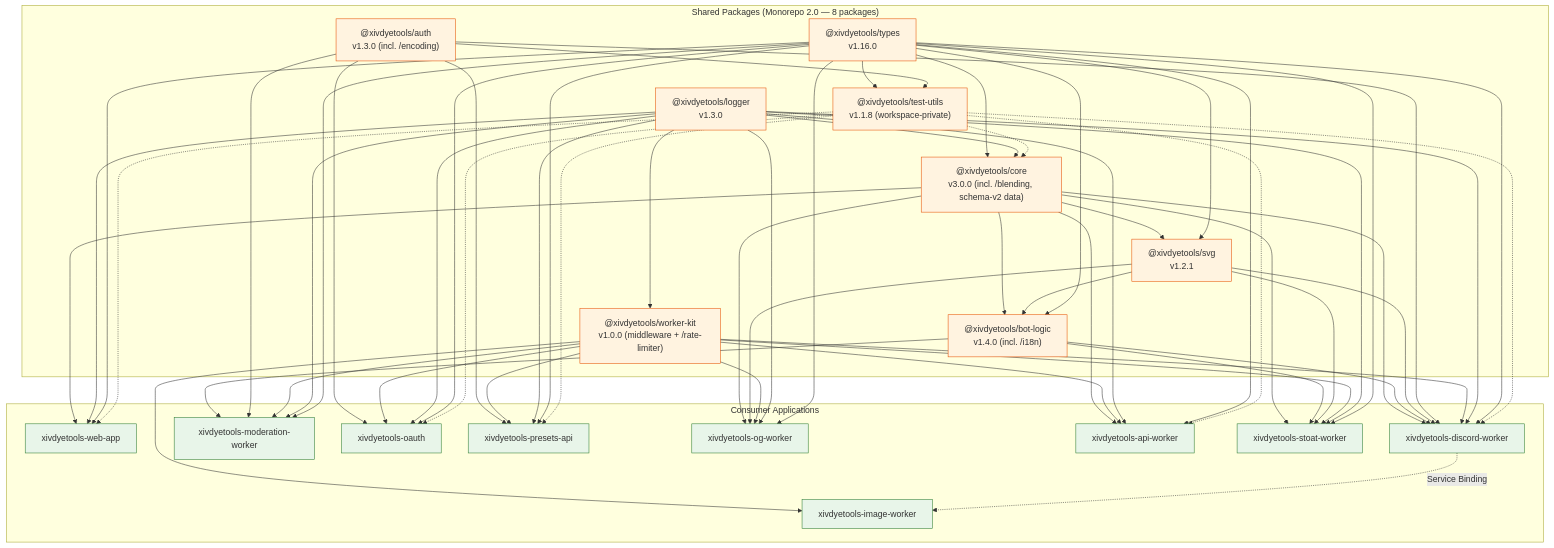
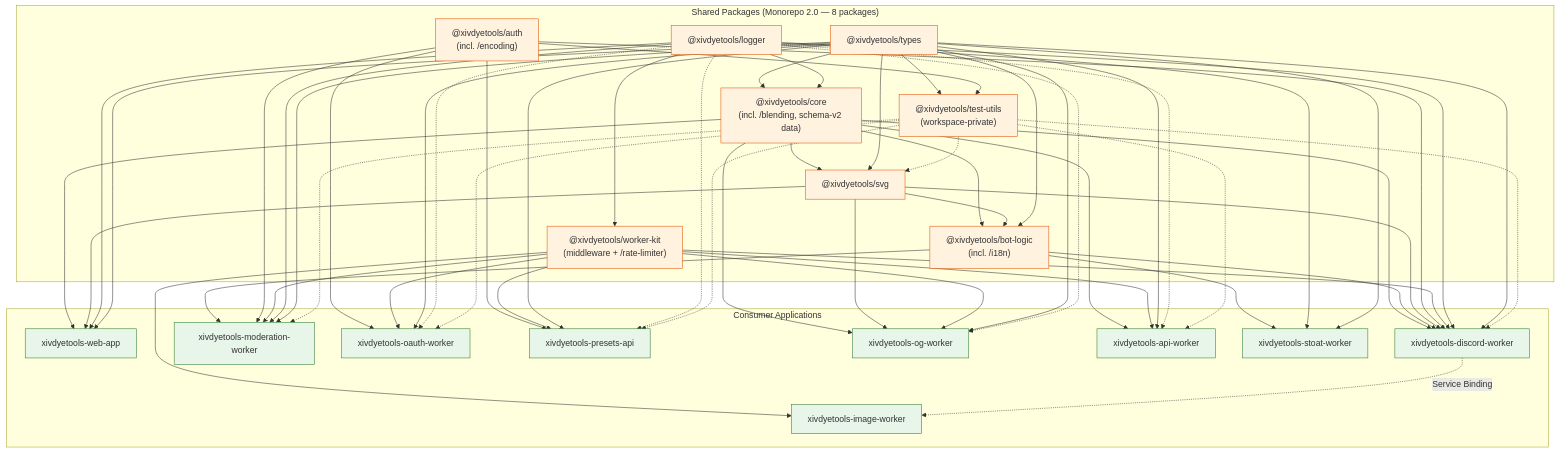
The diagram in docs/architecture/dependency-graph.md (FlashGalatine/xivdyetools), drawn with Mermaid before and after one commit. The commit also changed other lines of this file and 206 other files, not shown here.

````diff
--- a/docs/architecture/dependency-graph.md
+++ b/docs/architecture/dependency-graph.md
@@ -9,21 +12,21 @@
 ```mermaid
 graph TD
     subgraph "Shared Packages (Monorepo 2.0 — 8 packages)"
-        TYPES["@xivdyetools/types<br/>v1.16.0"]
-        LOGGER["@xivdyetools/logger<br/>v1.3.0"]
-        AUTH["@xivdyetools/auth<br/>v1.3.0 (incl. /encoding)"]
-        WKIT["@xivdyetools/worker-kit<br/>v1.0.0 (middleware + /rate-limiter)"]
-        TEST["@xivdyetools/test-utils<br/>v1.1.8 (workspace-private)"]
-        CORE["@xivdyetools/core<br/>v3.0.0 (incl. /blending, schema-v2 data)"]
-        SVG["@xivdyetools/svg<br/>v1.2.1"]
-        BOTLOGIC["@xivdyetools/bot-logic<br/>v1.4.0 (incl. /i18n)"]
+        TYPES["@xivdyetools/types"]
+        LOGGER["@xivdyetools/logger"]
+        AUTH["@xivdyetools/auth<br/>(incl. /encoding)"]
+        WKIT["@xivdyetools/worker-kit<br/>(middleware + /rate-limiter)"]
+        TEST["@xivdyetools/test-utils<br/>(workspace-private)"]
+        CORE["@xivdyetools/core<br/>(incl. /blending, schema-v2 data)"]
+        SVG["@xivdyetools/svg"]
+        BOTLOGIC["@xivdyetools/bot-logic<br/>(incl. /i18n)"]
     end
 
     subgraph "Consumer Applications"
         WEB["xivdyetools-web-app"]
         DISCORD["xivdyetools-discord-worker"]
         MODBOT["xivdyetools-moderation-worker"]
-        OAUTH["xivdyetools-oauth"]
+        OAUTH["xivdyetools-oauth-worker"]
         PRESETS["xivdyetools-presets-api"]
         OG["xivdyetools-og-worker"]
         APIWORKER["xivdyetools-api-worker"]
@@ -45,18 +48,17 @@
     TYPES --> SVG
     TYPES --> BOTLOGIC
 
-    %% Consumer dependencies
+    %% Consumer dependencies (declared, direct)
     CORE --> WEB
     CORE --> DISCORD
     CORE --> OG
     CORE --> APIWORKER
-    CORE --> STOAT
     BOTLOGIC --> DISCORD
     BOTLOGIC --> MODBOT
     BOTLOGIC --> STOAT
+    SVG --> WEB
     SVG --> DISCORD
     SVG --> OG
-    SVG --> STOAT
     AUTH --> DISCORD
     AUTH --> MODBOT
     AUTH --> OAUTH
@@ -67,15 +69,10 @@
     WKIT --> PRESETS
     WKIT --> OG
     WKIT --> APIWORKER
-    WKIT --> STOAT
     WKIT --> IMGWORKER
     LOGGER --> WEB
     LOGGER --> DISCORD
     LOGGER --> MODBOT
-    LOGGER --> OAUTH
-    LOGGER --> PRESETS
-    LOGGER --> OG
-    LOGGER --> APIWORKER
     LOGGER --> STOAT
     TYPES --> WEB
     TYPES --> DISCORD
@@ -87,15 +84,20 @@
     TYPES --> STOAT
     DISCORD -. Service Binding .-> IMGWORKER
 
-    %% Test utils (dev dependency)
-    TEST -.-> CORE
-    TEST -.-> WEB
+    %% Transitive only — reached through worker-kit / core / bot-logic,
+    %% never declared in these apps' package.json
+    LOGGER -.-> OAUTH
+    LOGGER -.-> PRESETS
+    LOGGER -.-> OG
+    LOGGER -.-> APIWORKER
+
+    %% Test utils (devDependency)
+    TEST -.-> SVG
     TEST -.-> DISCORD
+    TEST -.-> MODBOT
     TEST -.-> OAUTH
     TEST -.-> PRESETS
     TEST -.-> APIWORKER
-
-    %% API docs documents the API worker
 
     classDef npm fill:#fff3e0,stroke:#e65100
     classDef consumer fill:#e8f5e9,stroke:#2e7d32
````
